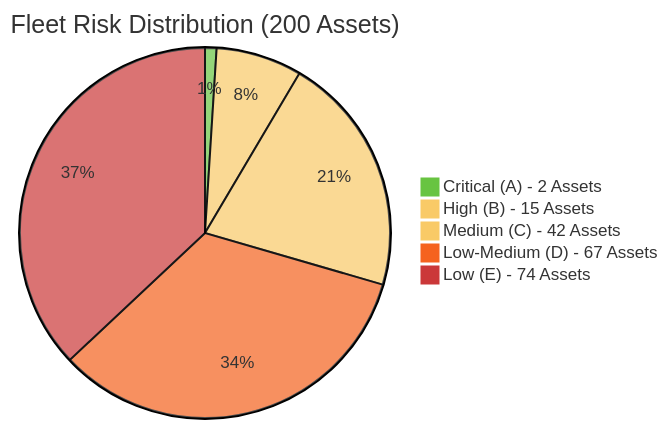
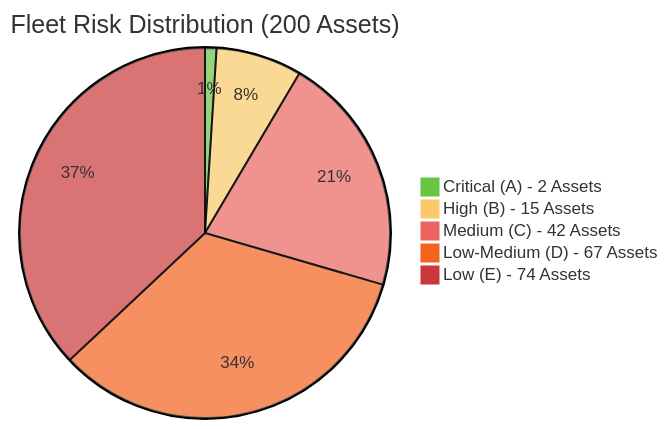
Before and after one commit to StephanieHepp/Risk-Assessment: the first of 4 diagrams in risk_assessment_report/monthly_report_otto_argos_style.md, drawn with Mermaid.

````diff
--- a/risk_assessment_report/monthly_report_otto_argos_style.md
+++ b/risk_assessment_report/monthly_report_otto_argos_style.md
@@ -14,9 +14,9 @@
 ```mermaid
-%%{init: {'theme':'base', 'themeVariables': {'pie5':'#CB3839', 'pie4':'#F5621E', 'pie3':'#F9CA67', 'pie2':'#F9CA67','pie1':'#68C441','primaryTextColor':'#333', 'primaryBorderColor':'#ddd'}}}%%
+%%{init: {'theme':'base', 'themeVariables': {'pie5':'#CB3839', 'pie4':'#F5621E', 'pie3':'#EB645F', 'pie2':'#F9CA67','pie1':'#68C441','primaryTextColor':'#333', 'primaryBorderColor':'#ddd'}}}%%
 pie title Fleet Risk Distribution (200 Assets)
     "Critical (A) - 2 Assets" : 2
     "High (B) - 15 Assets" : 15
     "Medium (C) - 42 Assets" : 42
     "Low-Medium (D) - 67 Assets" : 67
     "Low (E) - 74 Assets" : 74
 ```
````
